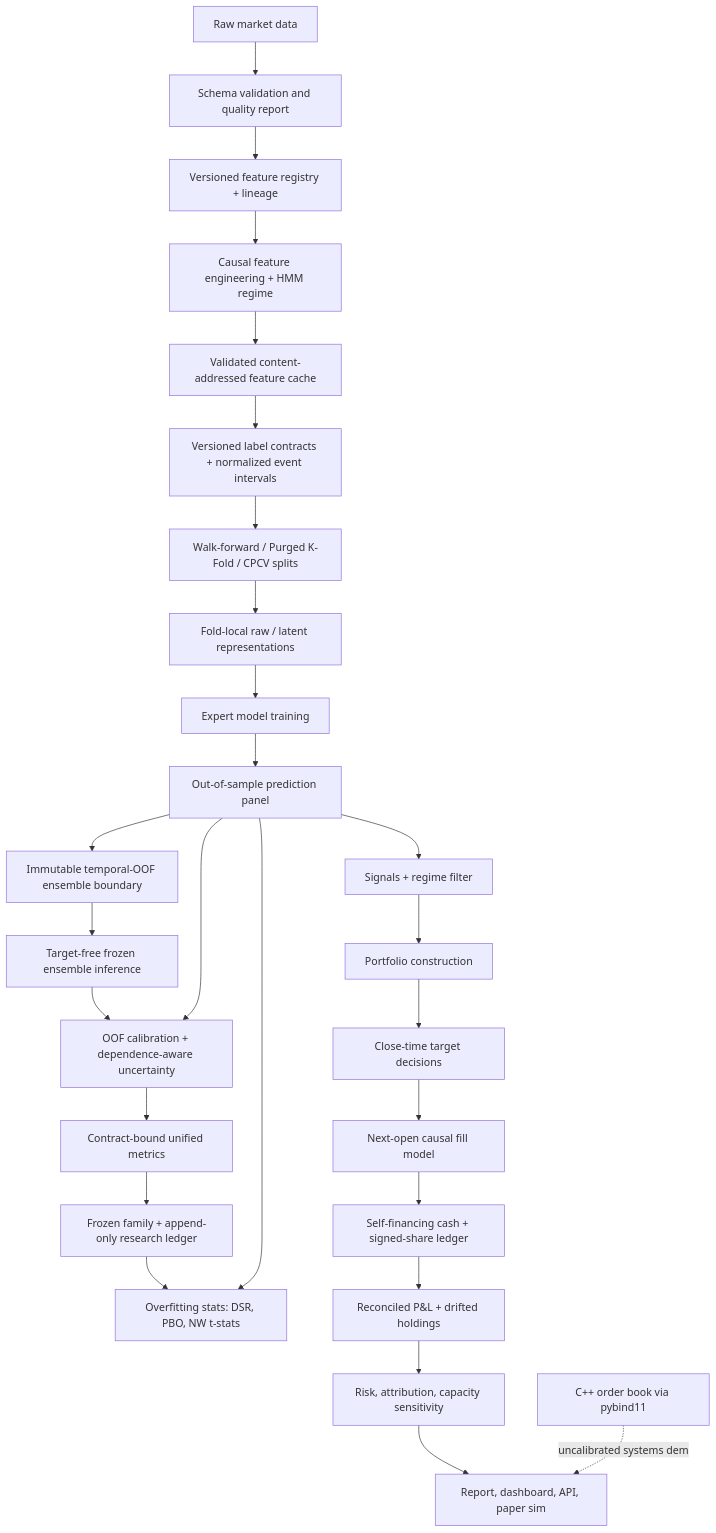
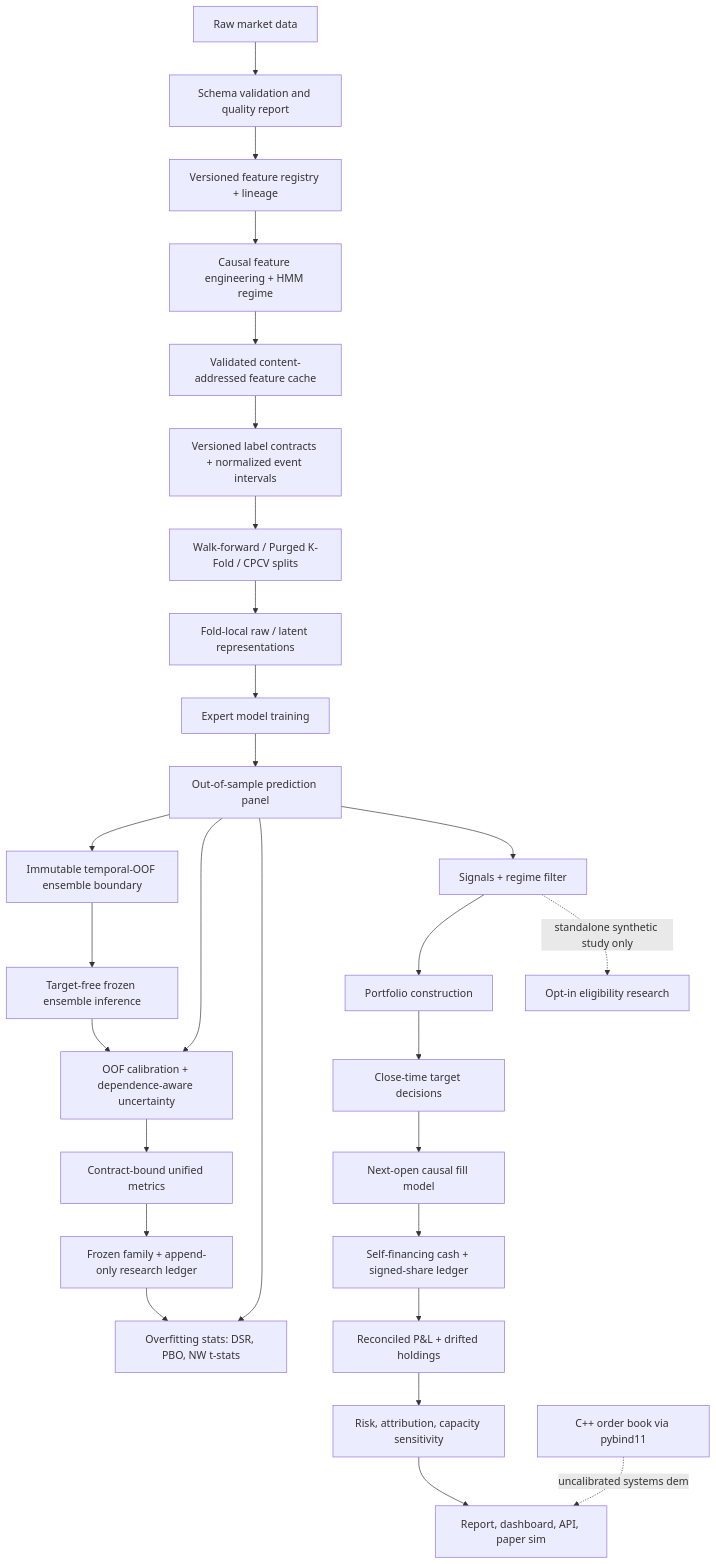
The diagram in docs/architecture.md (srgangaram-swe/AlphaForge), drawn with Mermaid before and after one commit. The commit also changed other lines of this file and 23 other files, not shown here.

````diff
--- a/docs/architecture.md
+++ b/docs/architecture.md
@@ -5,29 +5,30 @@
 ```mermaid
 flowchart TD
     raw[Raw market data] --> validate[Schema validation and quality report]
     validate --> registry[Versioned feature registry + lineage]
     registry --> features[Causal feature engineering + HMM regime]
     features --> cache[Validated content-addressed feature cache]
     cache --> labels[Versioned label contracts + normalized event intervals]
     labels --> splits[Walk-forward / Purged K-Fold / CPCV splits]
     splits --> representations[Fold-local raw / latent representations]
     representations --> models[Expert model training]
     models --> preds[Out-of-sample prediction panel]
     preds --> ensembles[Immutable temporal-OOF ensemble boundary]
     ensembles --> combined[Target-free frozen ensemble inference]
     combined --> calibration
     preds --> calibration[OOF calibration + dependence-aware uncertainty]
     calibration --> metrics[Contract-bound unified metrics]
     metrics --> governance[Frozen family + append-only research ledger]
     governance --> overfit
     preds --> overfit[Overfitting stats: DSR, PBO, NW t-stats]
     preds --> signals[Signals + regime filter]
     signals --> portfolio[Portfolio construction]
+    signals -. standalone synthetic study only .-> eligibility[Opt-in eligibility research]
     portfolio --> orders[Close-time target decisions]
     orders --> execution[Next-open causal fill model]
     execution --> ledger[Self-financing cash + signed-share ledger]
     ledger --> backtest[Reconciled P&L + drifted holdings]
     backtest --> risk[Risk, attribution, capacity sensitivity]
     risk --> outputs[Report, dashboard, API, paper sim]
     native[C++ order book via pybind11] -.uncalibrated systems demo.-> outputs
 ```
````
